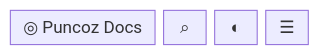
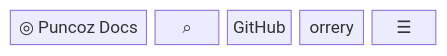
One commit to nepal-dev-com/docs.nepal-dev.com changed the second of 8 diagrams in content/docs/maintain/app-flow/site-pages.mdx. Above: the diagram before and after it, drawn with Mermaid. The commit also changed other lines of this file and 63 other files, not shown here.

````diff
--- a/content/docs/maintain/app-flow/site-pages.mdx
+++ b/content/docs/maintain/app-flow/site-pages.mdx
@@ -69,5 +73,5 @@
 ```mermaid
 block-beta
   columns 6
-  mark["◎ Puncoz Docs"]:3 search["⌕"] theme["◐"] menu["☰"]
+  mark["◎ Puncoz Docs"]:2 search["⌕"] gh["GitHub"] theme["orrery"] menu["☰"]
 ```
````
